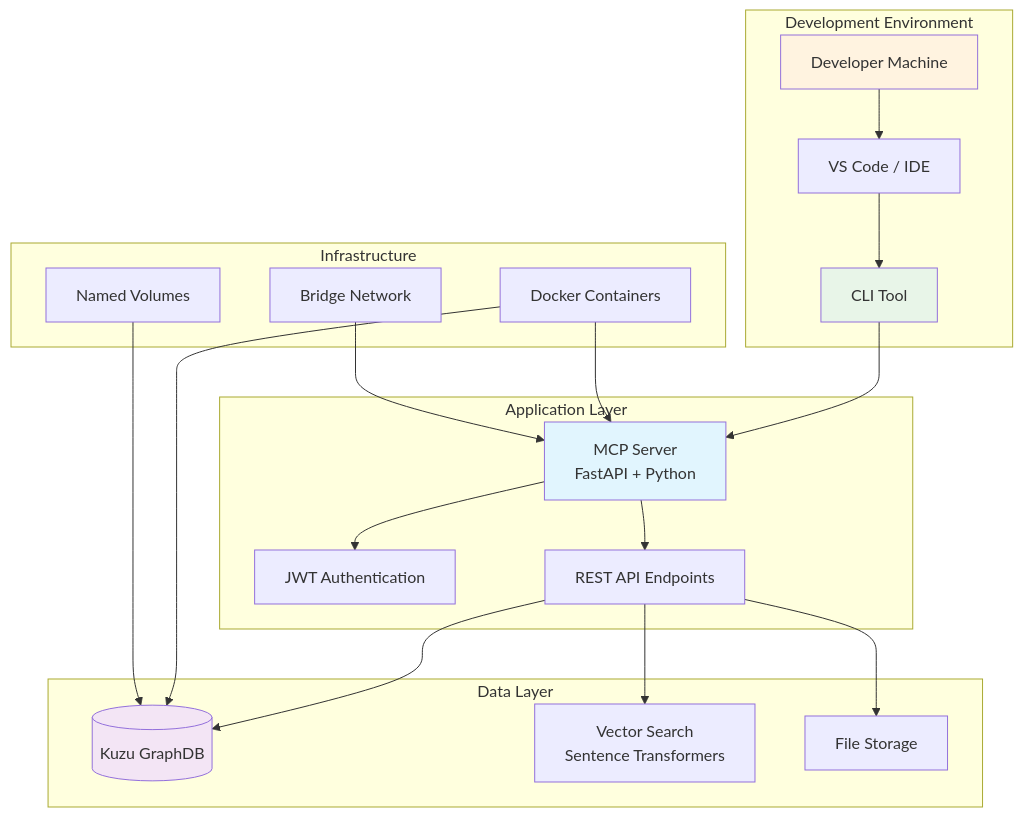
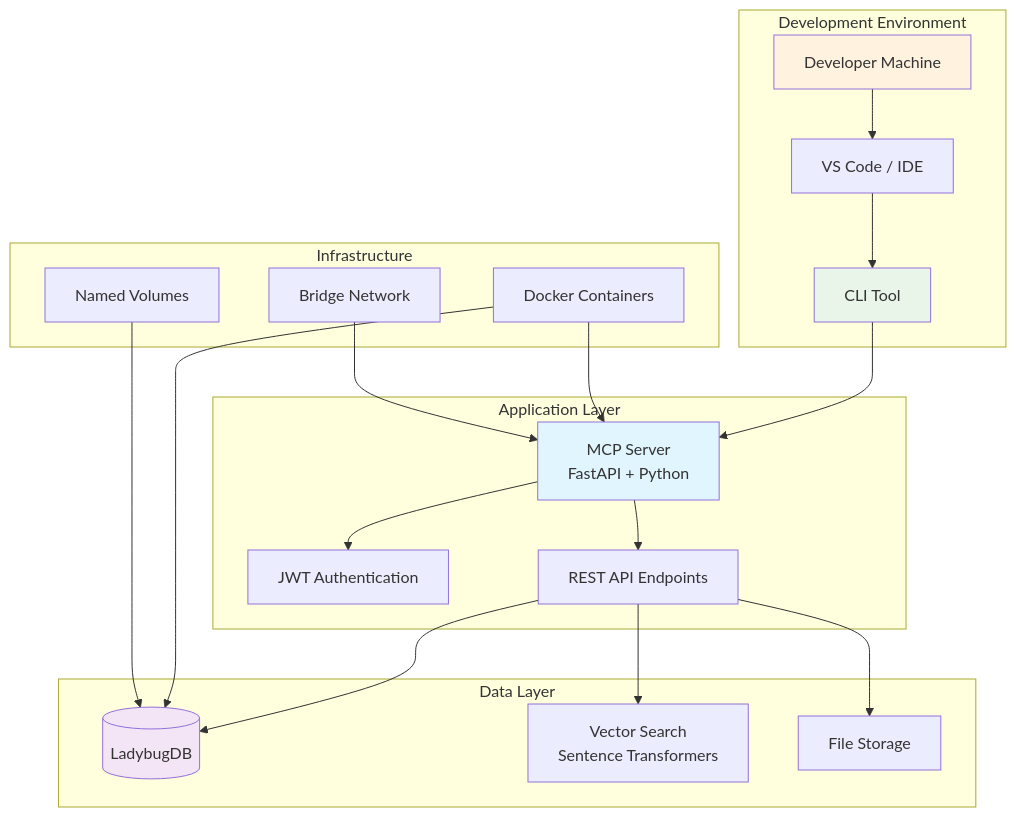
One commit to elementalcollision/GraphMemory-IDE changed the diagram in docs/development/DEVELOPER_GUIDE.md. Above: the diagram before and after it, drawn with Mermaid. The commit also changed other lines of this file and 120 other files, not shown here.

First line of the commit message:
Kuzu → LadybugDB migration (Phases 0–9 + follow-up) (#4)

````diff
--- a/docs/development/DEVELOPER_GUIDE.md
+++ b/docs/development/DEVELOPER_GUIDE.md
@@ -230,46 +230,46 @@
 ```mermaid
 graph TB
     subgraph "Development Environment"
         DEV[Developer Machine]
         IDE[VS Code / IDE]
         CLI[CLI Tool]
     end
     
     subgraph "Application Layer"
         MCP[MCP Server<br/>FastAPI + Python]
         AUTH[JWT Authentication]
         API[REST API Endpoints]
     end
     
     subgraph "Data Layer"
-        KUZU[(Kuzu GraphDB)]
+        LADYBUG[(LadybugDB)]
         VECTOR[Vector Search<br/>Sentence Transformers]
         STORAGE[File Storage]
     end
     
     subgraph "Infrastructure"
         DOCKER[Docker Containers]
         VOLUMES[Named Volumes]
         NETWORK[Bridge Network]
     end
     
     DEV --> IDE
     IDE --> CLI
     CLI --> MCP
     
     MCP --> AUTH
     MCP --> API
-    API --> KUZU
+    API --> LADYBUG
     API --> VECTOR
     API --> STORAGE
     
     DOCKER --> MCP
-    DOCKER --> KUZU
-    VOLUMES --> KUZU
+    DOCKER --> LADYBUG
+    VOLUMES --> LADYBUG
     NETWORK --> MCP
     
     style MCP fill:#e1f5fe
-    style KUZU fill:#f3e5f5
+    style LADYBUG fill:#f3e5f5
     style CLI fill:#e8f5e8
     style DEV fill:#fff3e0
 ```
````
